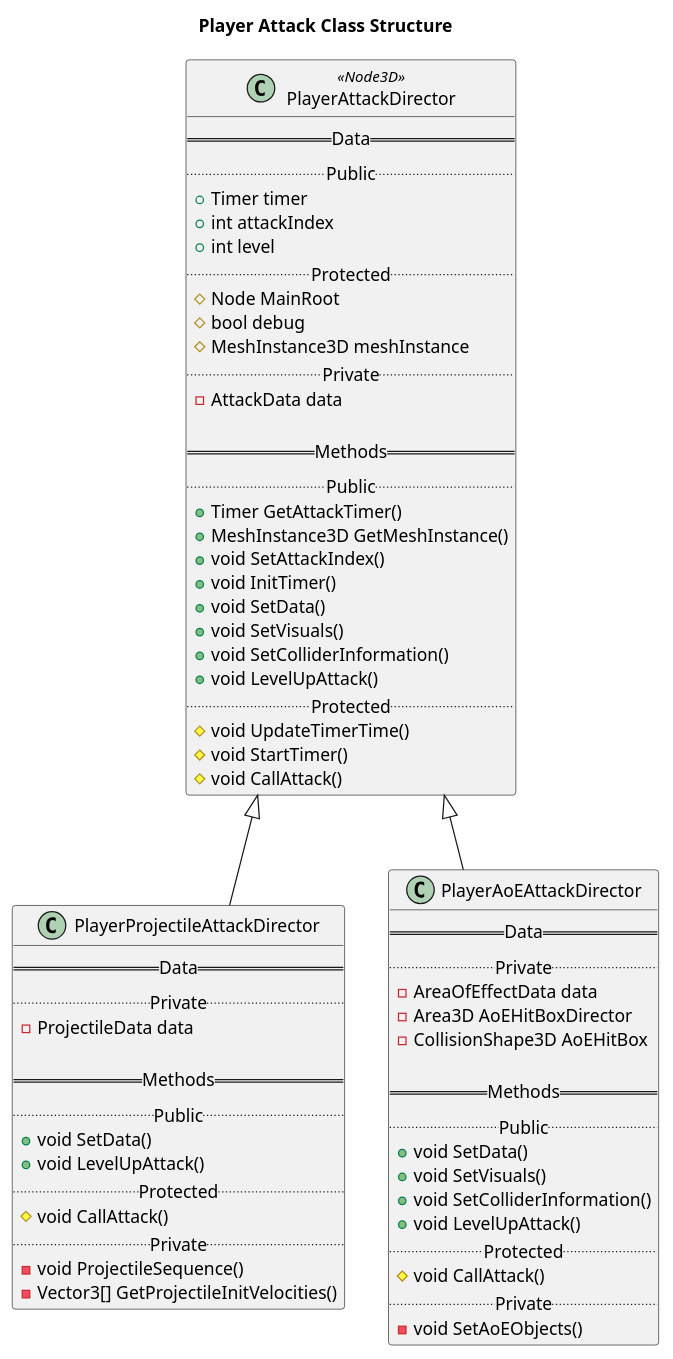
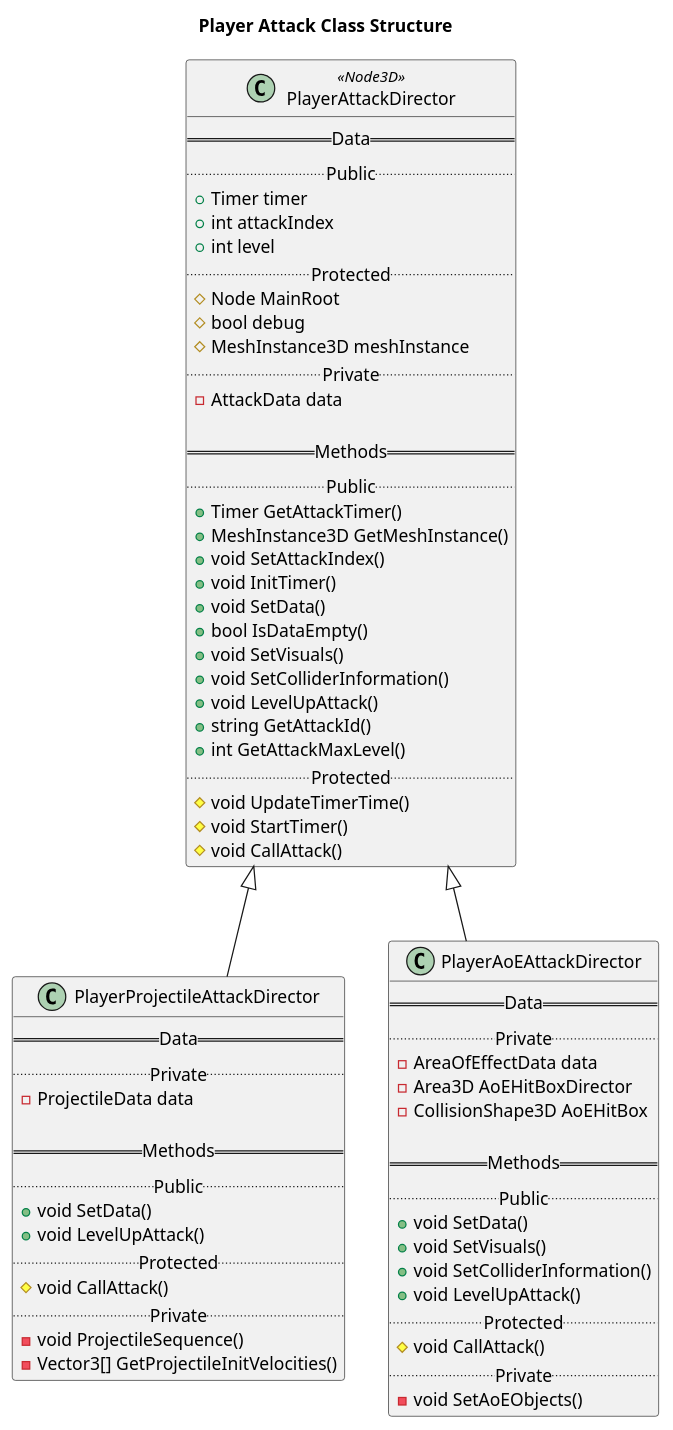
The diagram in UML-Diagrams/src/Player_Attack_Class_Struct.puml (kjtkanaly/Roguelike-Shoot-Em-Up), drawn with PlantUML before and after one commit. The commit also changed 2 other files, not shown here.

Commit message:
Resolved some errors in the PlayerAttackSlotsDirector class due to the recent overhaul with attack data

```diff
--- a/UML-Diagrams/src/Player_Attack_Class_Struct.puml
+++ b/UML-Diagrams/src/Player_Attack_Class_Struct.puml
@@ -1,72 +1,75 @@
 @startuml Player Attack Class Structure
 
 title Player Attack Class Structure
 
 class PlayerAttackDirector <<Node3D>>{
     == Data ==
     .. Public ..
     + Timer timer
     + int attackIndex
     + int level
     .. Protected ..
     # Node MainRoot
     # bool debug
     # MeshInstance3D meshInstance
     .. Private ..
     - AttackData data
 
     == Methods ==
     .. Public ..
     + Timer GetAttackTimer()
     + MeshInstance3D GetMeshInstance()
     + void SetAttackIndex()
     + void InitTimer()
     + void SetData()
+    + bool IsDataEmpty()
     + void SetVisuals()
     + void SetColliderInformation()
     + void LevelUpAttack()
+    + string GetAttackId()
+    + int GetAttackMaxLevel()
     .. Protected ..
     # void UpdateTimerTime()
     # void StartTimer()
     # void CallAttack()
 }
 
 class PlayerProjectileAttackDirector {
     == Data ==
     .. Private ..
     - ProjectileData data
 
     == Methods ==
     .. Public ..
     + void SetData()
     + void LevelUpAttack()
     .. Protected ..
     # void CallAttack()
     .. Private ..
     - void ProjectileSequence()
     - Vector3[] GetProjectileInitVelocities()
 }
 
 class PlayerAoEAttackDirector {
     == Data ==
     .. Private ..
     - AreaOfEffectData data
     - Area3D AoEHitBoxDirector
     - CollisionShape3D AoEHitBox
 
     == Methods ==
     .. Public ..
     + void SetData()
     + void SetVisuals()
     + void SetColliderInformation()
     + void LevelUpAttack()
     .. Protected ..
     # void CallAttack()
     .. Private ..
     - void SetAoEObjects()
 }
 
 PlayerAttackDirector <|-- PlayerProjectileAttackDirector
 PlayerAttackDirector <|-- PlayerAoEAttackDirector
 
 @enduml
```
